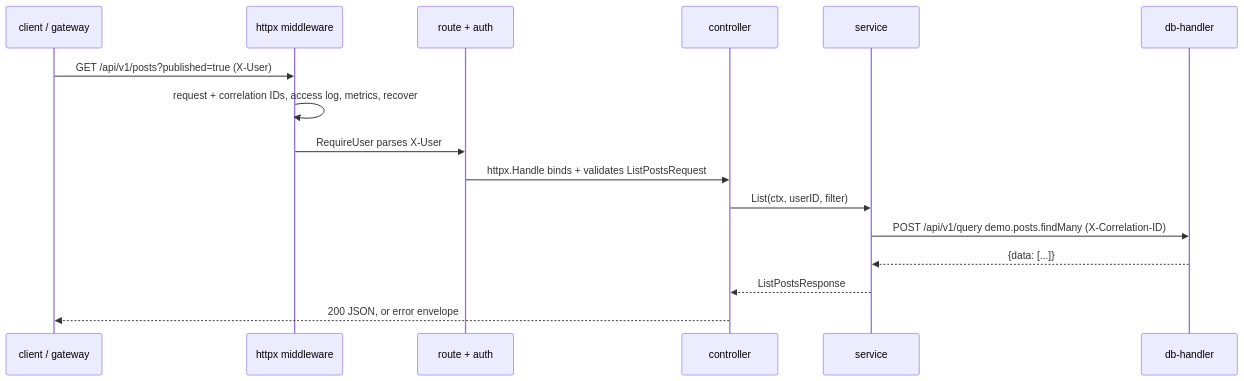
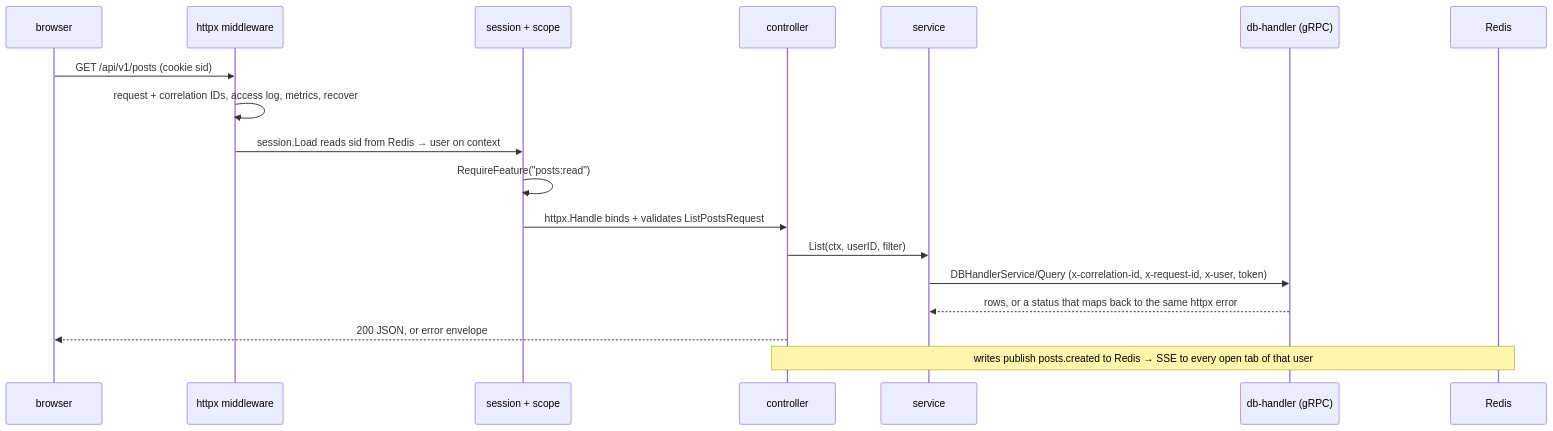
One commit to ahmedbaig/go-backend-template changed the diagram in README.md. Above: the diagram before and after it, drawn with Mermaid. The commit also changed other lines of this file and 20 other files, not shown here.

Commit message:
Redis sessions, SSE events, gRPC to db-handler, scopes and jobs

````diff
--- a/README.md
+++ b/README.md
@@ -37,18 +42,20 @@
 ```mermaid
 sequenceDiagram
-  participant C as client / gateway
+  participant B as browser
   participant H as httpx middleware
-  participant R as route + auth
+  participant R as session + scope
   participant Ct as controller
   participant S as service
-  participant D as db-handler
-  C->>H: GET /api/v1/posts?published=true (X-User)
+  participant D as db-handler (gRPC)
+  participant X as Redis
+  B->>H: GET /api/v1/posts (cookie sid)
   H->>H: request + correlation IDs, access log, metrics, recover
-  H->>R: RequireUser parses X-User
+  H->>R: session.Load reads sid from Redis → user on context
+  R->>R: RequireFeature("posts:read")
   R->>Ct: httpx.Handle binds + validates ListPostsRequest
   Ct->>S: List(ctx, userID, filter)
-  S->>D: POST /api/v1/query demo.posts.findMany (X-Correlation-ID)
-  D-->>S: {data: [...]}
-  S-->>Ct: ListPostsResponse
-  Ct-->>C: 200 JSON, or error envelope
+  S->>D: DBHandlerService/Query (x-correlation-id, x-request-id, x-user, token)
+  D-->>S: rows, or a status that maps back to the same httpx error
+  Ct-->>B: 200 JSON, or error envelope
+  Note over Ct,X: writes publish posts.created to Redis → SSE to every open tab of that user
 ```
````
